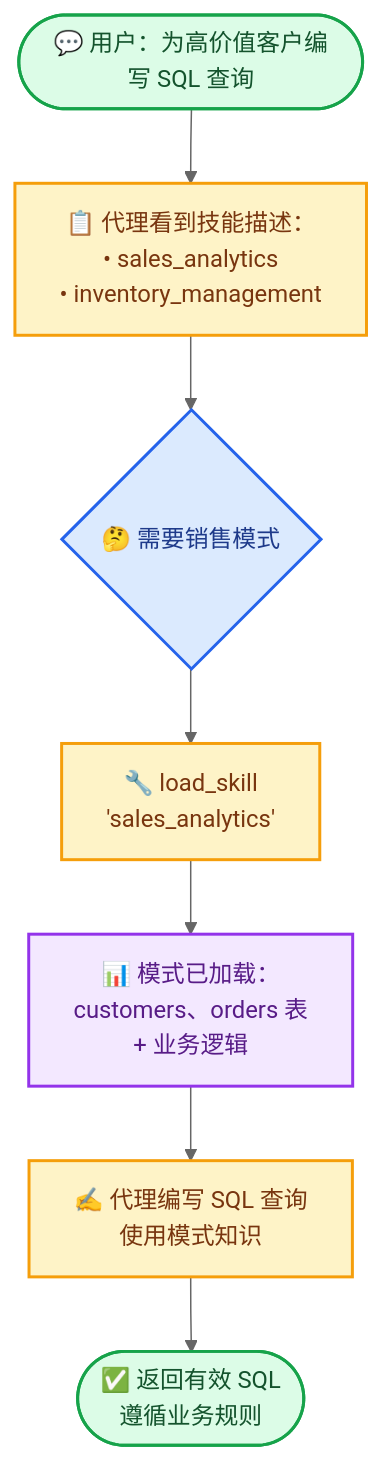
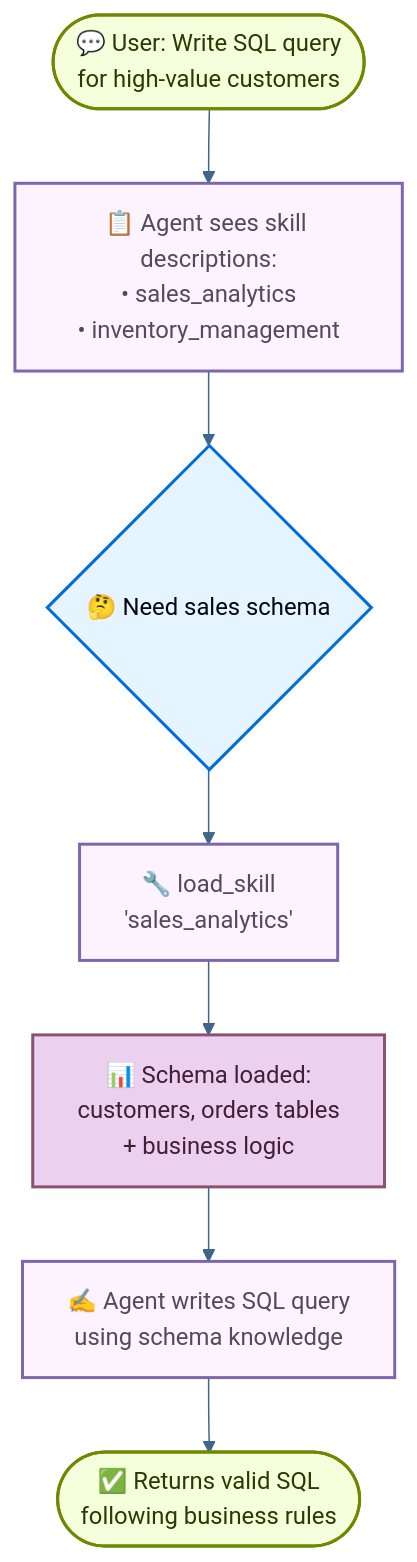
One commit to kunfan96/cndocs-langchain changed the diagram in oss/javascript/langchain/multi-agent/skills-sql-assistant.mdx. Above: the diagram before and after it, drawn with Mermaid. The commit also changed other lines of this file and 2538 other files, not shown here.

````diff
--- a/oss/javascript/langchain/multi-agent/skills-sql-assistant.mdx
+++ b/oss/javascript/langchain/multi-agent/skills-sql-assistant.mdx
@@ -31,26 +27,26 @@
 ```mermaid
-%%{init: {'theme':'base', 'themeVariables': { 'primaryColor':'#4CAF50','primaryTextColor':'#fff','primaryBorderColor':'#2E7D32','lineColor':'#666','secondaryColor':'#FF9800','tertiaryColor':'#2196F3','tertiaryBorderColor':'#1565C0','tertiaryTextColor':'#fff'}}}%%
+%%{init: {'theme':'base', 'themeVariables': { 'primaryColor':'#E5F4FF','primaryTextColor':'#030710','primaryBorderColor':'#006DDD','lineColor':'#40668D','secondaryColor':'#F6FFDB','tertiaryColor':'#FDF3FF','tertiaryBorderColor':'#7E65AE','tertiaryTextColor':'#504B5F'}}}%%
 flowchart TD
-    Start([💬 用户：为高价值客户编写 SQL 查询]) --> SystemPrompt[📋 代理看到技能描述：<br/>• sales_analytics<br/>• inventory_management]
+    Start([💬 User: Write SQL query<br/>for high-value customers]) --> SystemPrompt[📋 Agent sees skill descriptions:<br/>• sales_analytics<br/>• inventory_management]
 
-    SystemPrompt --> Decide{🤔 需要销售模式}
+    SystemPrompt --> Decide{🤔 Need sales schema}
 
     Decide --> LoadSkill[🔧 load_skill<br/>'sales_analytics']
 
-    LoadSkill --> Schema[📊 模式已加载：<br/>customers、orders 表<br/>+ 业务逻辑]
+    LoadSkill --> Schema[📊 Schema loaded:<br/>customers, orders tables<br/>+ business logic]
 
-    Schema --> WriteQuery[✍️ 代理编写 SQL 查询<br/>使用模式知识]
+    Schema --> WriteQuery[✍️ Agent writes SQL query<br/>using schema knowledge]
 
-    WriteQuery --> Response([✅ 返回有效 SQL<br/>遵循业务规则])
+    WriteQuery --> Response([✅ Returns valid SQL<br/>following business rules])
 
-    %% 为浅色和深色模式设置样式
-    classDef startEnd fill:#DCFCE7,stroke:#16A34A,stroke-width:2px,color:#14532D
-    classDef process fill:#FEF3C7,stroke:#F59E0B,stroke-width:2px,color:#78350F
-    classDef decision fill:#DBEAFE,stroke:#2563EB,stroke-width:2px,color:#1E3A8A
-    classDef enrichment fill:#F3E8FF,stroke:#9333EA,stroke-width:2px,color:#581C87
+    %% Styling for light and dark modes
+    classDef startEnd fill:#F6FFDB,stroke:#6E8900,stroke-width:2px,color:#2E3900
+    classDef process fill:#FDF3FF,stroke:#7E65AE,stroke-width:2px,color:#504B5F
+    classDef decision fill:#E5F4FF,stroke:#006DDD,stroke-width:2px,color:#030710
+    classDef enrichment fill:#EBD0F0,stroke:#885270,stroke-width:2px,color:#441E33
 
     class Start,Response startEnd
     class SystemPrompt,LoadSkill,WriteQuery process
     class Decide decision
     class Schema enrichment
 ```
````
